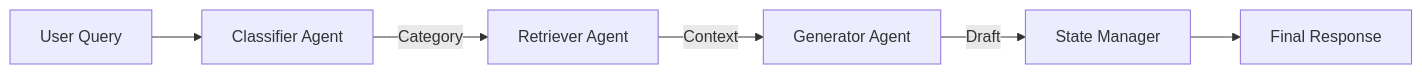
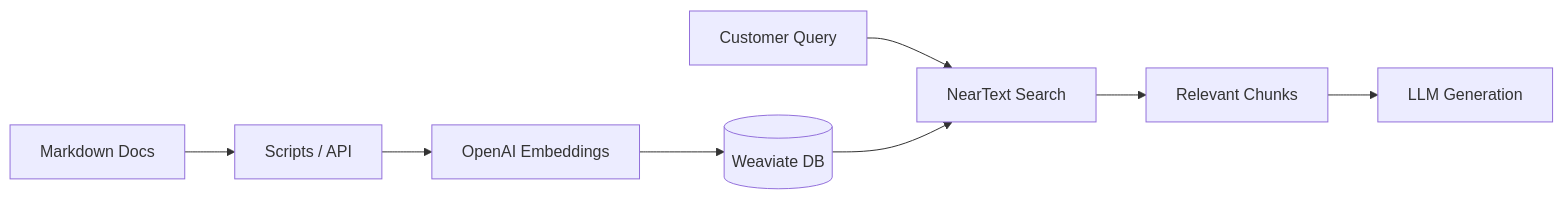
The second of 2 diagrams in docs/3. Workflow Overview.md (Tomadm21/Rag-Support-Agent), drawn with Mermaid before and after one commit. The commit also changed other lines of this file and 10 other files, not shown here.

````diff
--- a/docs/3. Workflow Overview.md
+++ b/docs/3. Workflow Overview.md
@@ -33,8 +35,11 @@
 ```mermaid
 flowchart LR
-  Input[User Query] --> Classify[Classifier Agent]
-  Classify -->|Category| Retrieve[Retriever Agent]
-  Retrieve -->|Context| Generate[Generator Agent]
-  Generate -->|Draft| State[State Manager]
-  State --> Output[Final Response]
+    Docs[Markdown Docs] --> Ingest[Scripts / API]
+    Ingest --> Vectorize[OpenAI Embeddings]
+    Vectorize --> Weaviate[(Weaviate DB)]
+    
+    Query[Customer Query] --> Search[NearText Search]
+    Weaviate --> Search
+    Search --> Context[Relevant Chunks]
+    Context --> Generator[LLM Generation]
 ```
````
